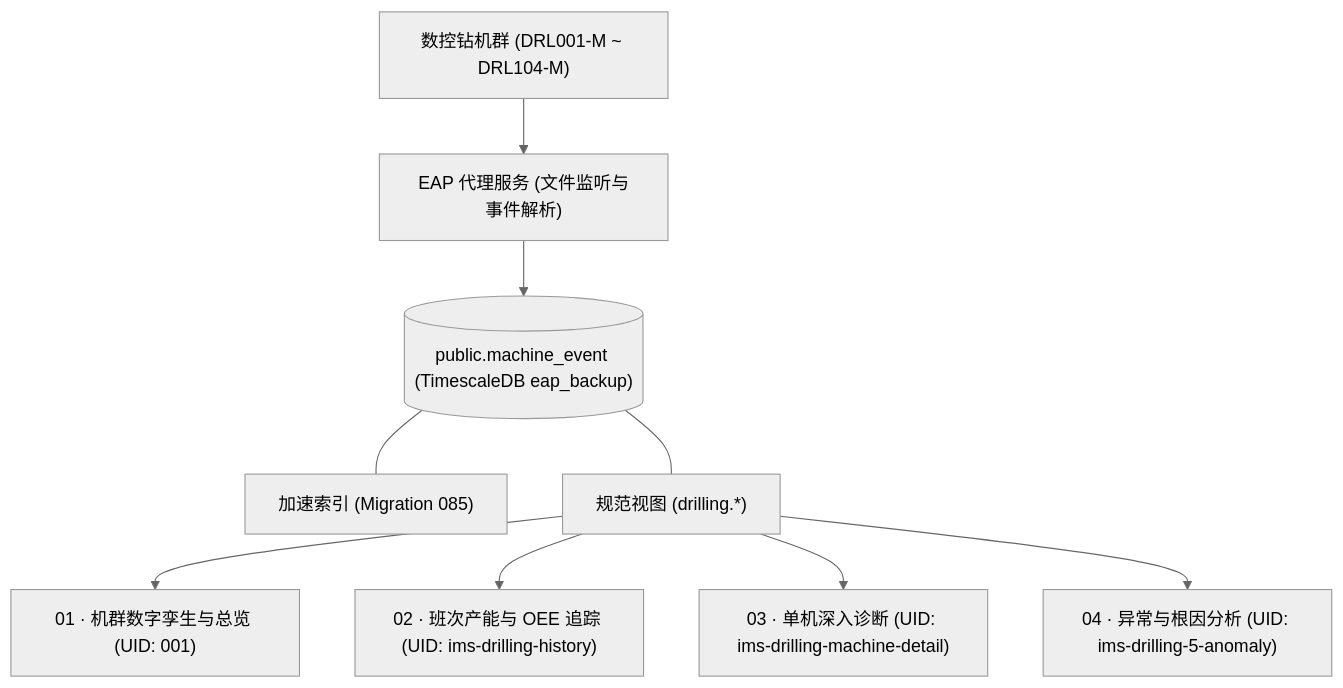
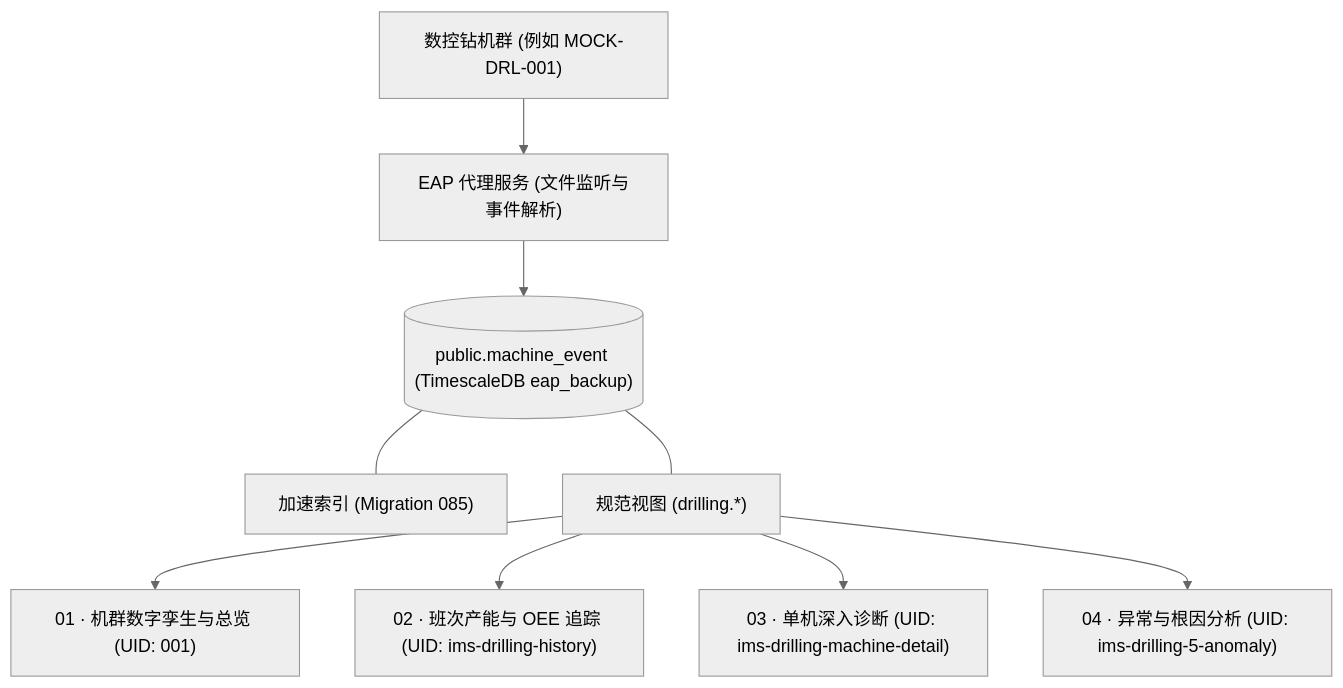
Before and after one commit to PATTANAKORN025/IMS: the diagram in zh-CN/docs/user/DRILLING_USER_MANUAL.md, drawn with Mermaid (neutral theme). The commit also changed other lines of this file and 74 other files, not shown here.

````diff
--- a/zh-CN/docs/user/DRILLING_USER_MANUAL.md
+++ b/zh-CN/docs/user/DRILLING_USER_MANUAL.md
@@ -43,11 +43,11 @@
 ```mermaid
 flowchart TD
-    M["数控钻机群 (DRL001-M ~ DRL104-M)"] --> AGENT["EAP 代理服务 (文件监听与事件解析)"]
+    M["数控钻机群 (例如 MOCK-DRL-001)"] --> AGENT["EAP 代理服务 (文件监听与事件解析)"]
     AGENT --> RAW[("public.machine_event (TimescaleDB eap_backup)")]
     RAW --- IDX["加速索引 (Migration 085)"]
     RAW --- VIEW["规范视图 (drilling.*)"]
     VIEW --> D1["01 · 机群数字孪生与总览 (UID: 001)"]
     VIEW --> D2["02 · 班次产能与 OEE 追踪 (UID: ims-drilling-history)"]
     VIEW --> D3["03 · 单机深入诊断 (UID: ims-drilling-machine-detail)"]
     VIEW --> D4["04 · 异常与根因分析 (UID: ims-drilling-5-anomaly)"]
 ```
````
